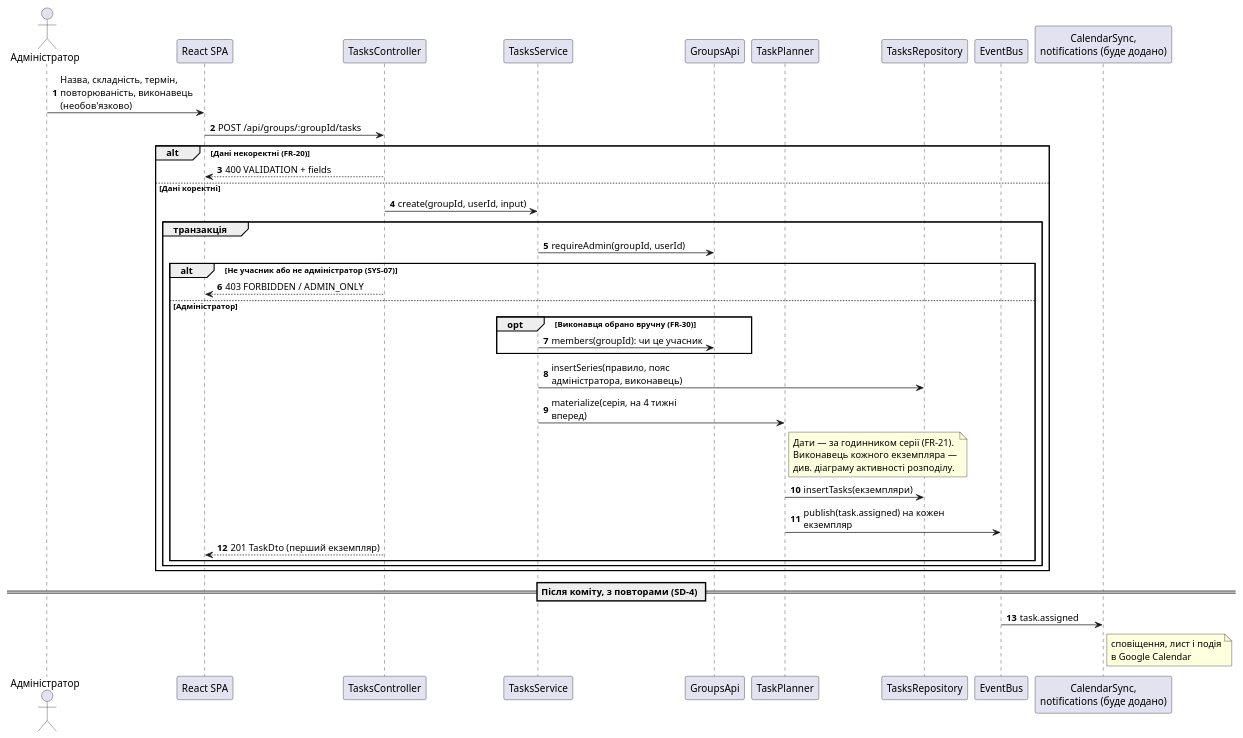
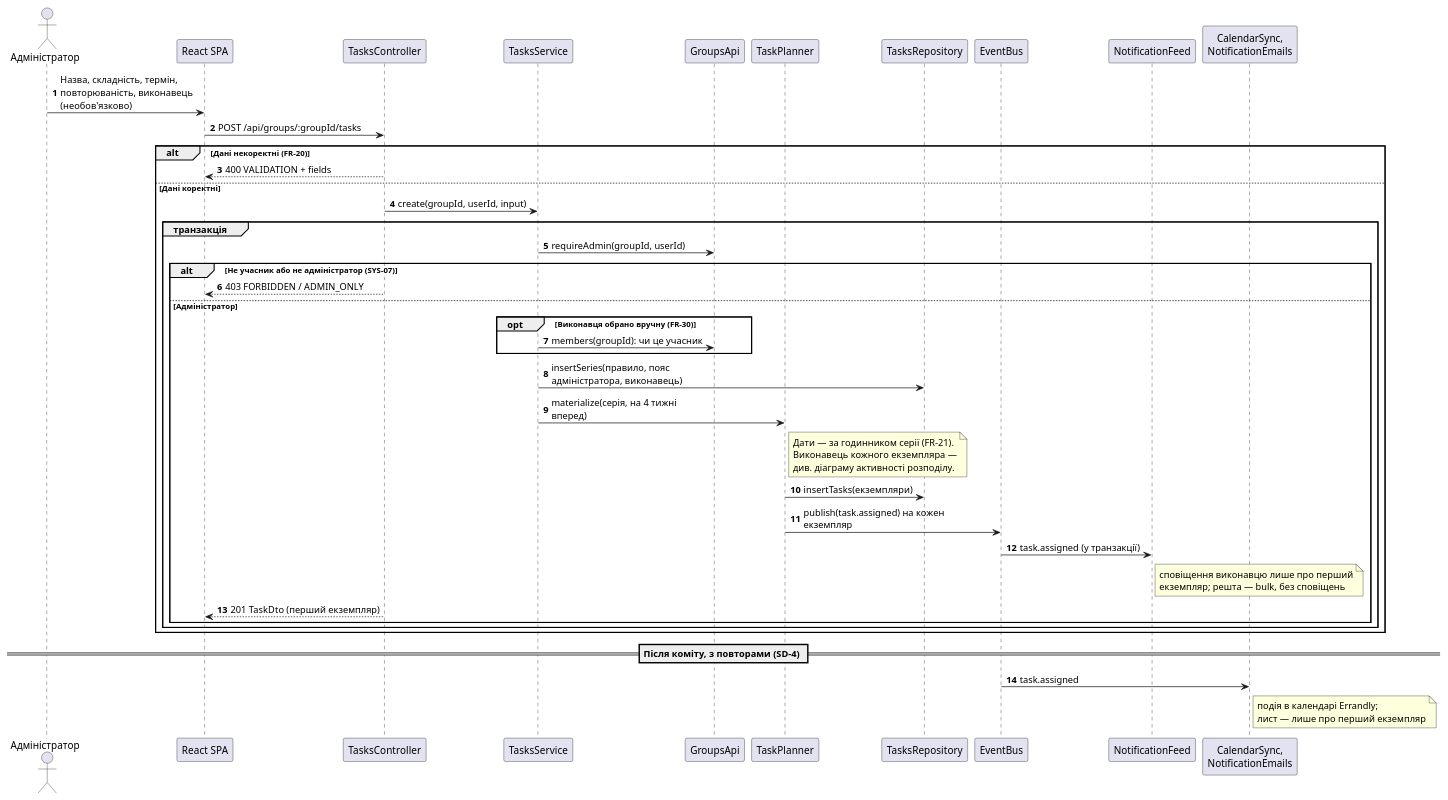
Before and after one commit to mzabrodin/Errandly: the diagram in docs/diagrams/sequence/sd-1-create-task.puml, drawn with PlantUML. The commit also changed 10 other files, not shown here.

```diff
--- a/docs/diagrams/sequence/sd-1-create-task.puml
+++ b/docs/diagrams/sequence/sd-1-create-task.puml
@@ -1,49 +1,52 @@
 @startuml sd-1-create-task
 skinparam shadowing false
 skinparam defaultFontName "Inter, Segoe UI, Arial"
 skinparam maxMessageSize 220
 skinparam ResponseMessageBelowArrow true
 autonumber
 
 actor "Адміністратор" as Admin
 participant "React SPA" as SPA
 participant "TasksController" as Ctrl
 participant "TasksService" as Svc
 participant "GroupsApi" as Groups
 participant "TaskPlanner" as Planner
 participant "TasksRepository" as Repo
 participant "EventBus" as Bus
-participant "CalendarSync,\nnotifications (буде додано)" as Listeners
+participant "NotificationFeed" as Feed
+participant "CalendarSync,\nNotificationEmails" as Listeners
 
 Admin -> SPA : Назва, складність, термін,\nповторюваність, виконавець (необов'язково)
 SPA -> Ctrl : POST /api/groups/:groupId/tasks
 alt Дані некоректні (FR-20)
   Ctrl --> SPA : 400 VALIDATION + fields
 else Дані коректні
   Ctrl -> Svc : create(groupId, userId, input)
   group транзакція
     Svc -> Groups : requireAdmin(groupId, userId)
     alt Не учасник або не адміністратор (SYS-07)
       Ctrl --> SPA : 403 FORBIDDEN / ADMIN_ONLY
     else Адміністратор
       opt Виконавця обрано вручну (FR-30)
         Svc -> Groups : members(groupId): чи це учасник
       end
       Svc -> Repo : insertSeries(правило, пояс адміністратора, виконавець)
       Svc -> Planner : materialize(серія, на 4 тижні вперед)
       note right of Planner
         Дати — за годинником серії (FR-21).
         Виконавець кожного екземпляра —
         див. діаграму активності розподілу.
       end note
       Planner -> Repo : insertTasks(екземпляри)
       Planner -> Bus : publish(task.assigned) на кожен екземпляр
+      Bus -> Feed : task.assigned (у транзакції)
+      note right of Feed : сповіщення виконавцю лише про перший\nекземпляр; решта — bulk, без сповіщень
       Ctrl --> SPA : 201 TaskDto (перший екземпляр)
     end
   end
 end
 
 == Після коміту, з повторами (SD-4) ==
 Bus -> Listeners : task.assigned
-note right of Listeners : сповіщення, лист і подія\nв Google Calendar
+note right of Listeners : подія в календарі Errandly;\nлист — лише про перший екземпляр
 @enduml
```
